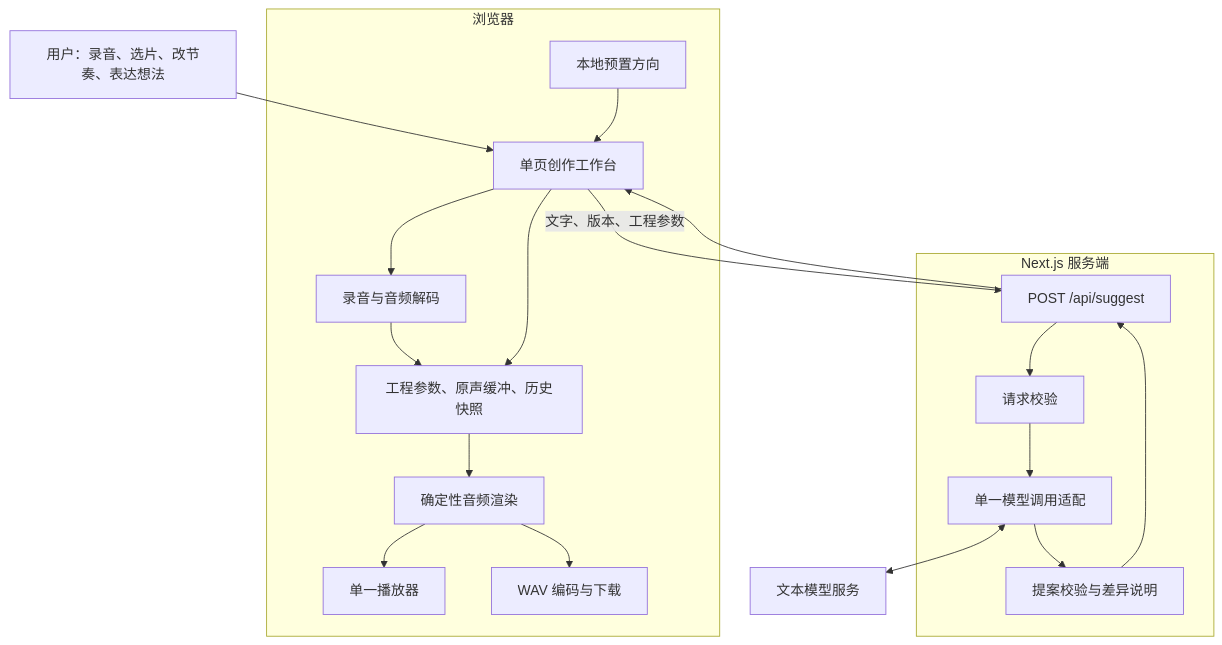
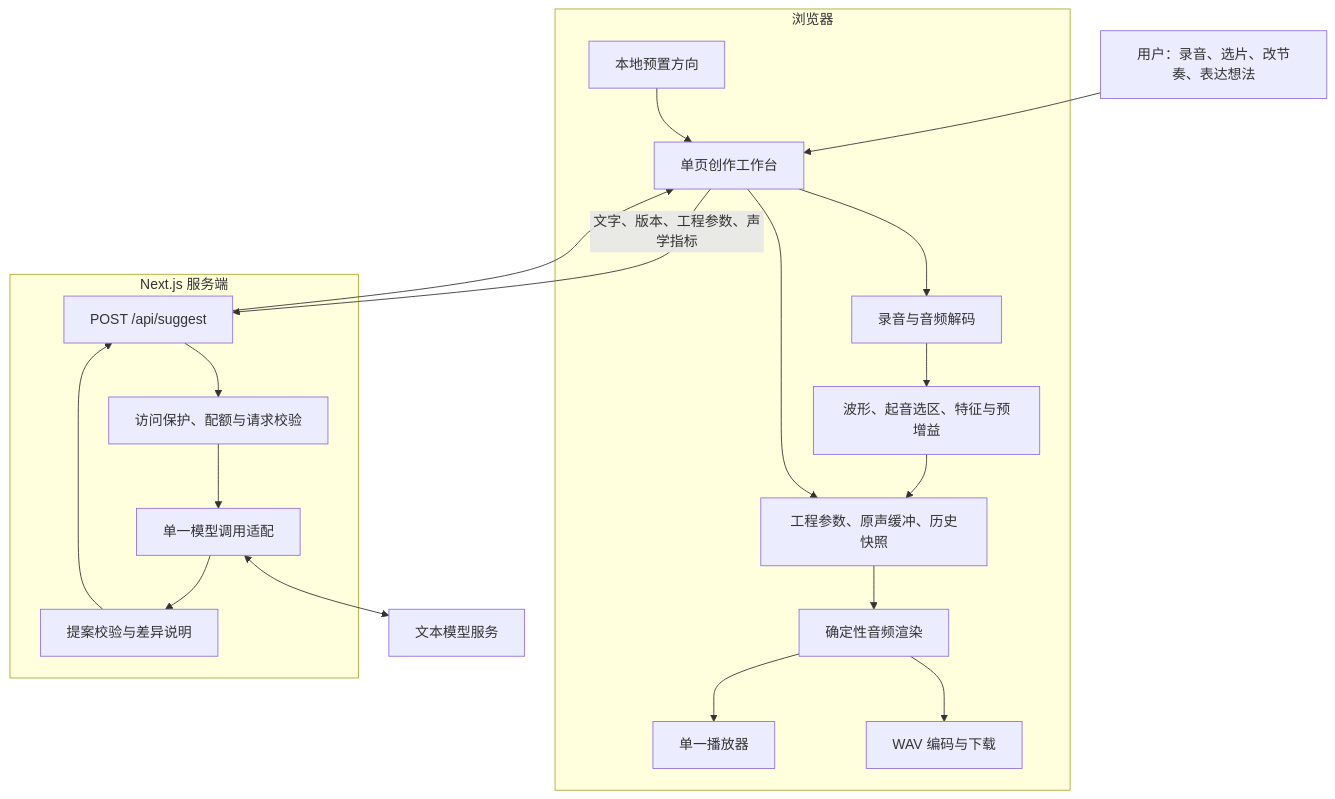
One commit to Czq005430/MelodyMate changed the diagram in docs/软件架构设计-MVP.md. Above: the diagram before and after it, drawn with Mermaid. The commit also changed other lines of this file and 47 other files, not shown here.

````diff
--- a/docs/软件架构设计-MVP.md
+++ b/docs/软件架构设计-MVP.md
@@ -40,32 +43,33 @@
 ```mermaid
 flowchart TB
     U[用户：录音、选片、改节奏、表达想法]
     subgraph Browser[浏览器]
         UI[单页创作工作台]
         IN[录音与音频解码]
+        ANALYSIS[波形、起音选区、特征与预增益]
         STORE[工程参数、原声缓冲、历史快照]
         AUDIO[确定性音频渲染]
         PLAYER[单一播放器]
         WAV[WAV 编码与下载]
         FALLBACK[本地预置方向]
     end
     subgraph Server[Next.js 服务端]
         API[POST /api/suggest]
-        CHECK[请求校验]
+        CHECK[访问保护、配额与请求校验]
         CLIENT[单一模型调用适配]
         RESULT[提案校验与差异说明]
     end
     MODEL[文本模型服务]
     U --> UI
-    UI --> IN --> STORE
+    UI --> IN --> ANALYSIS --> STORE
     UI --> STORE
-    UI -->|文字、版本、工程参数| API
+    UI -->|文字、版本、工程参数、声学指标| API
     API --> CHECK --> CLIENT
     CLIENT <--> MODEL
     CLIENT --> RESULT --> API
     API --> UI
     FALLBACK --> UI
     STORE --> AUDIO
     AUDIO --> PLAYER
     AUDIO --> WAV
 ```
````
